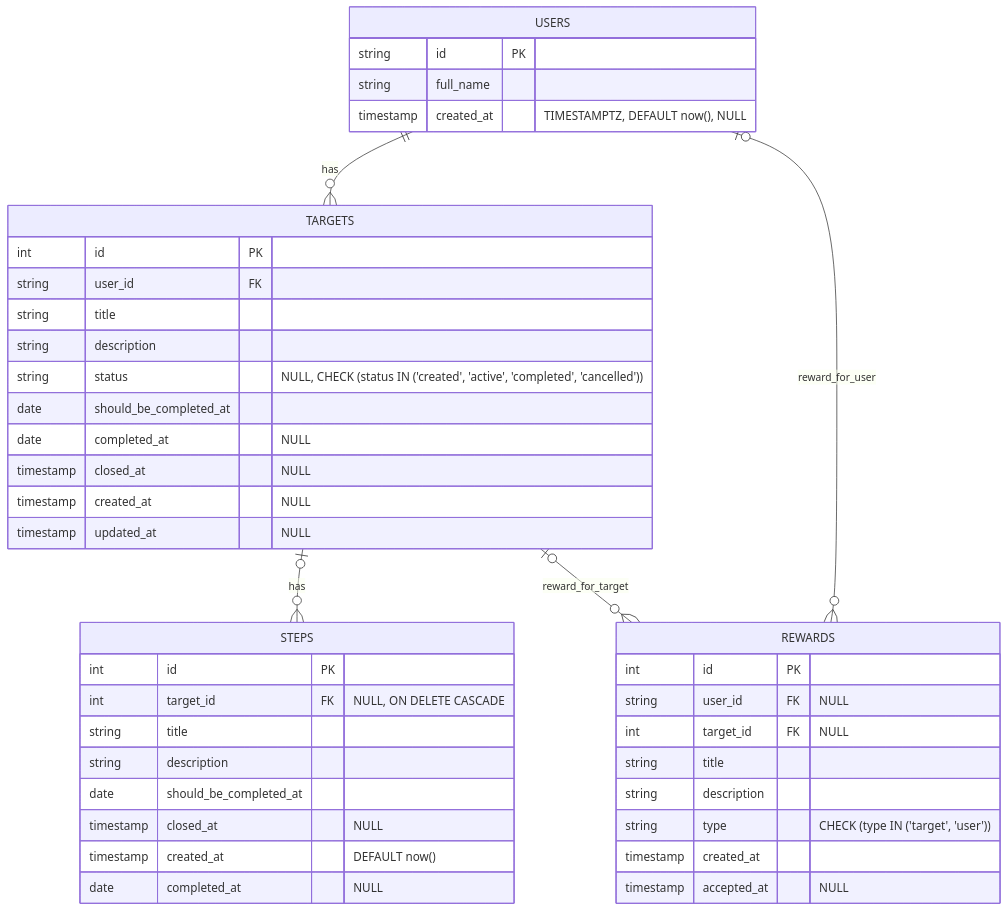
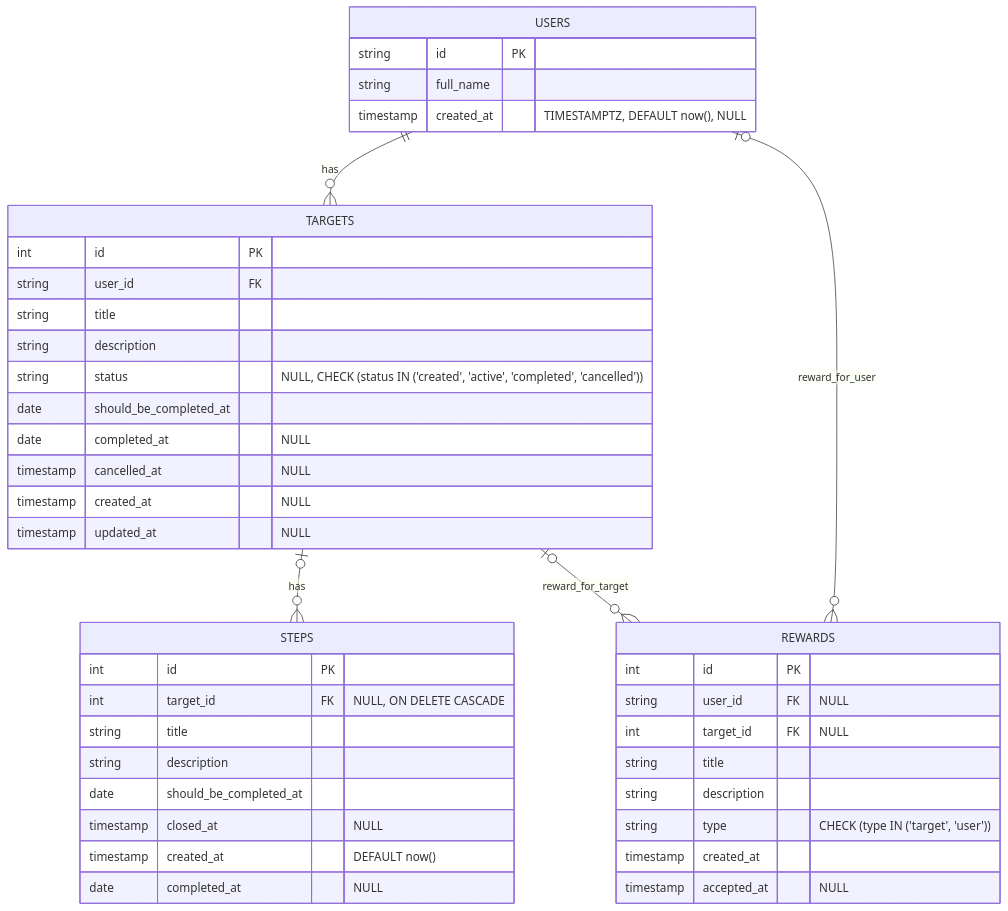
One commit to alexanderKaramushko/goals-service changed the diagram in docs/docs/Документация/3-data-models.md. Above: the diagram before and after it, drawn with Mermaid. The commit also changed 17 other files, not shown here.

````diff
--- a/docs/docs/Документация/3-data-models.md
+++ b/docs/docs/Документация/3-data-models.md
@@ -13,45 +13,45 @@
 ```mermaid
 erDiagram
     USERS {
       string id PK
       string full_name
       timestamp created_at "TIMESTAMPTZ, DEFAULT now(), NULL"
     }
     TARGETS {
       int id PK
       string user_id FK
       string title
       string description
       string status "NULL, CHECK (status IN ('created', 'active', 'completed', 'cancelled'))"
       date should_be_completed_at
       date completed_at "NULL"
-      timestamp closed_at "NULL"
+      timestamp cancelled_at "NULL"
       timestamp created_at "NULL"
       timestamp updated_at "NULL"
     }
     STEPS {
       int id PK
       int target_id FK "NULL, ON DELETE CASCADE"
       string title
       string description
       date should_be_completed_at
       timestamp closed_at "NULL"
       timestamp created_at "DEFAULT now()"
       date completed_at "NULL"
     }
     REWARDS {
       int id PK
       string user_id FK "NULL"
       int target_id FK "NULL"
       string title
       string description
       string type "CHECK (type IN ('target', 'user'))"
       timestamp created_at
       timestamp accepted_at "NULL"
     }
 
     USERS ||--o{ TARGETS : has
     TARGETS |o--o{ STEPS : has
     TARGETS |o--o{ REWARDS : reward_for_target
     USERS |o--o{ REWARDS : reward_for_user
 ```
````
